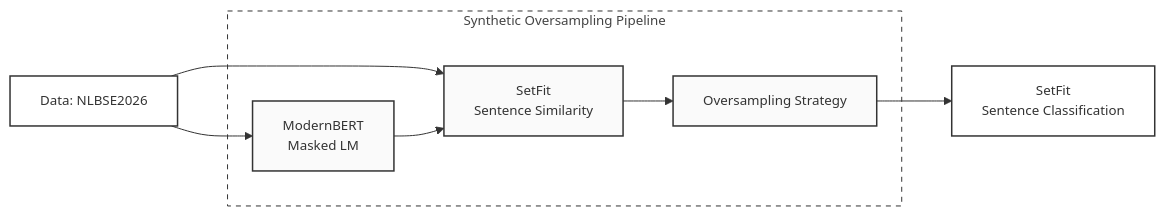
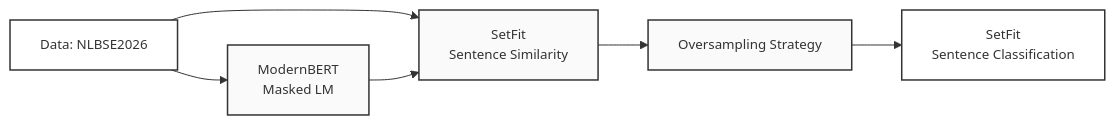
The diagram in README.md (ThomBors/NLBSE2026), drawn with Mermaid before and after one commit.

````diff
--- a/README.md
+++ b/README.md
@@ -22,32 +22,25 @@
 ```mermaid
 flowchart LR
     %% Data source
     Data[Data: NLBSE2026]:::compext
 
-    %% Pipeline
-    subgraph Pipeline [Synthetic Oversampling Pipeline]
-        Generator[ModernBERT<br/>Masked LM]:::comp
-        Augment[SetFit<br/>Sentence Similarity]:::comp
-        Balancer[Oversampling Strategy]:::comp
-    end
+    %% Pipeline nodes (no subgraph)
+    Generator[ModernBERT<br/>Masked LM]:::comp
+    Augment[SetFit<br/>Sentence Similarity]:::comp
+    Balancer[Oversampling Strategy]:::comp
 
     %% Classifier
     Classifier[SetFit<br/>Sentence Classification]:::compext
 
     %% Data flow
     Data --> Generator
     Data --> Augment
     Generator --> Augment
     Augment --> Balancer
     Balancer --> Classifier
 
     %% Styles
-    classDef scope fill:#fff,stroke:#333,stroke-width:1px,stroke-dasharray:5 5,color:#444,font-size:10pt;
     classDef comp fill:#fafafa,stroke:#333,stroke-width:1.5px,font-size:10pt;
-    classDef compsub fill:#eee,stroke:#333,stroke-width:1.5px,font-size:10pt;
     classDef compext fill:#fff,stroke:#333,stroke-width:1.5px,font-size:10pt;
-    classDef none fill:#fff,stroke:#fff,stroke-width:0px,font-size:0pt;
 
-    %% Assign class to subgraph
-    class Pipeline scope
 ```
````
